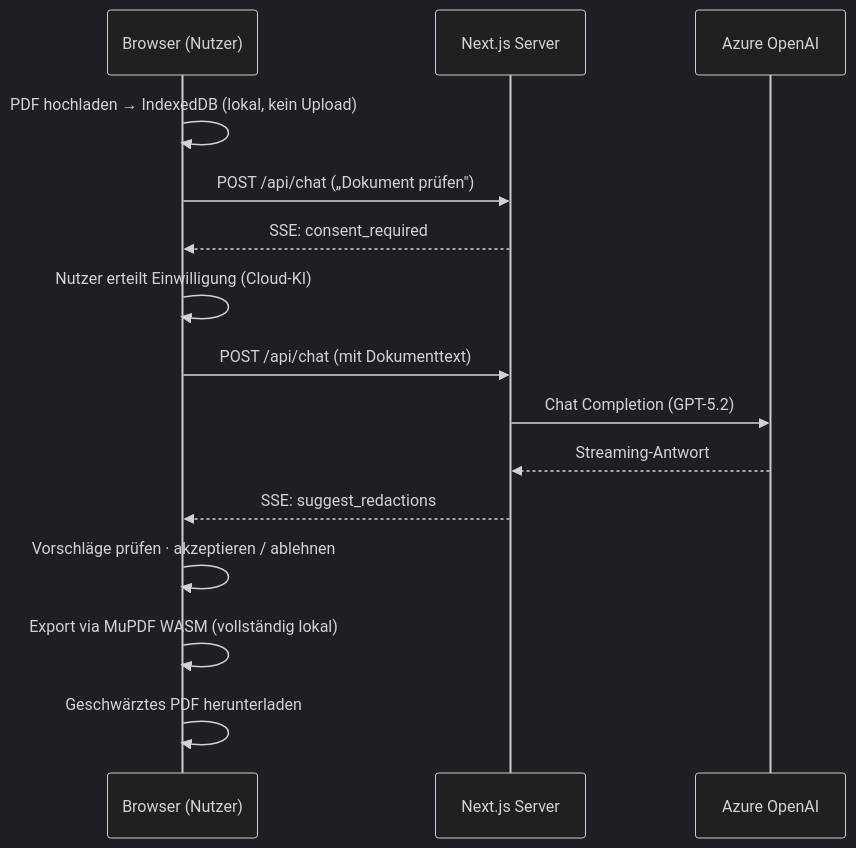
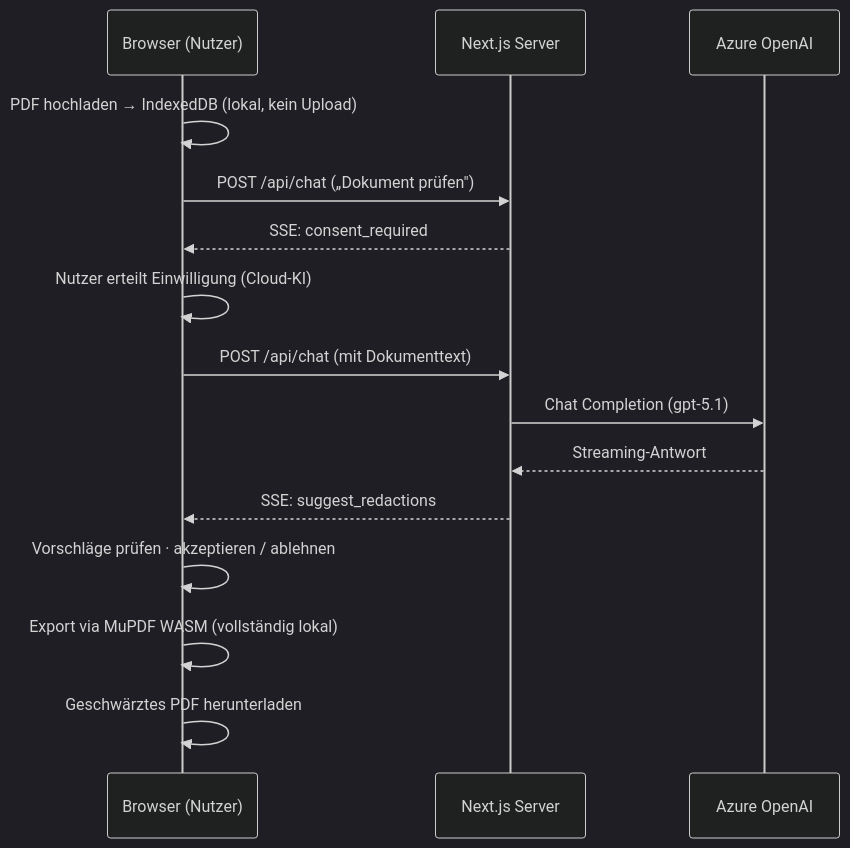
The sixth of 6 diagrams in docs/compliance/02_c4_architektur.md (datenlabor-bmz/easy-redact), drawn with Mermaid (dark theme) before and after one commit. The commit also changed other lines of this file and 5 other files, not shown here.

````diff
--- a/docs/compliance/02_c4_architektur.md
+++ b/docs/compliance/02_c4_architektur.md
@@ -163,18 +163,18 @@
 ```mermaid
 sequenceDiagram
     participant B as Browser (Nutzer)
     participant N as Next.js Server
     participant A as Azure OpenAI
 
     B->>B: PDF hochladen → IndexedDB (lokal, kein Upload)
     B->>N: POST /api/chat („Dokument prüfen")
     N-->>B: SSE: consent_required
     B->>B: Nutzer erteilt Einwilligung (Cloud-KI)
     B->>N: POST /api/chat (mit Dokumenttext)
-    N->>A: Chat Completion (GPT-5.2)
+    N->>A: Chat Completion (gpt-5.1)
     A-->>N: Streaming-Antwort
     N-->>B: SSE: suggest_redactions
     B->>B: Vorschläge prüfen · akzeptieren / ablehnen
     B->>B: Export via MuPDF WASM (vollständig lokal)
     B->>B: Geschwärztes PDF herunterladen
 ```
````
